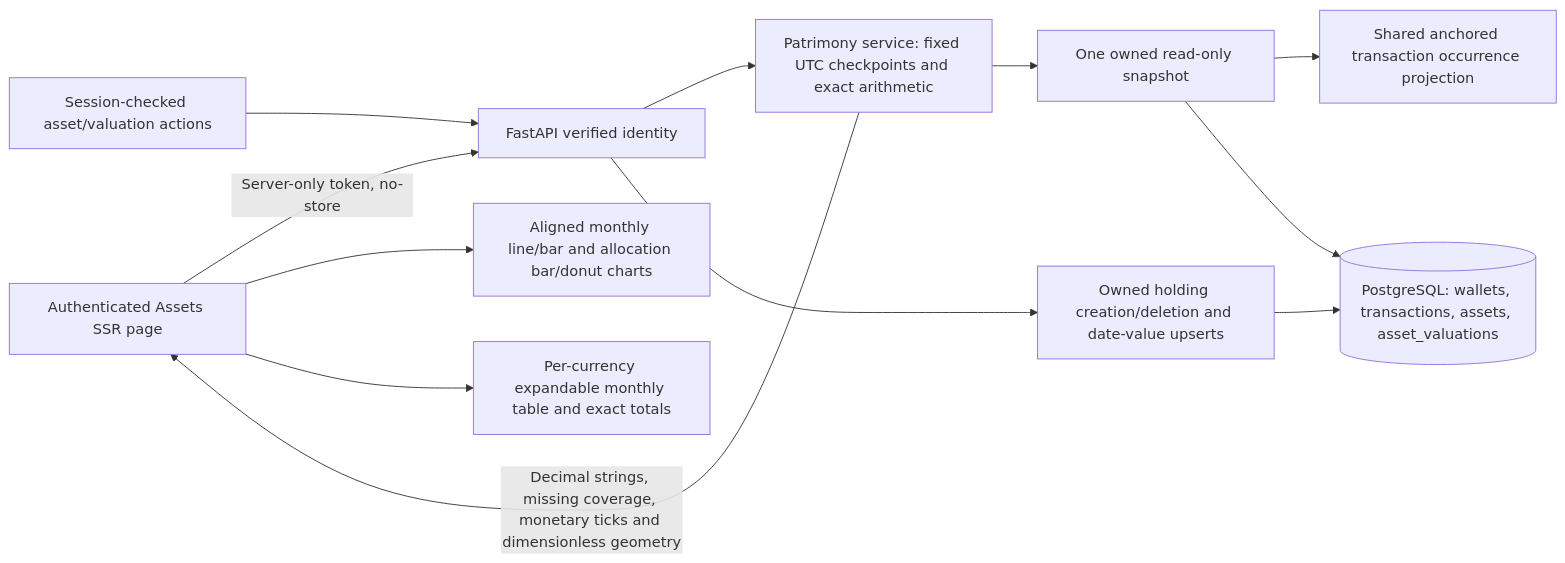
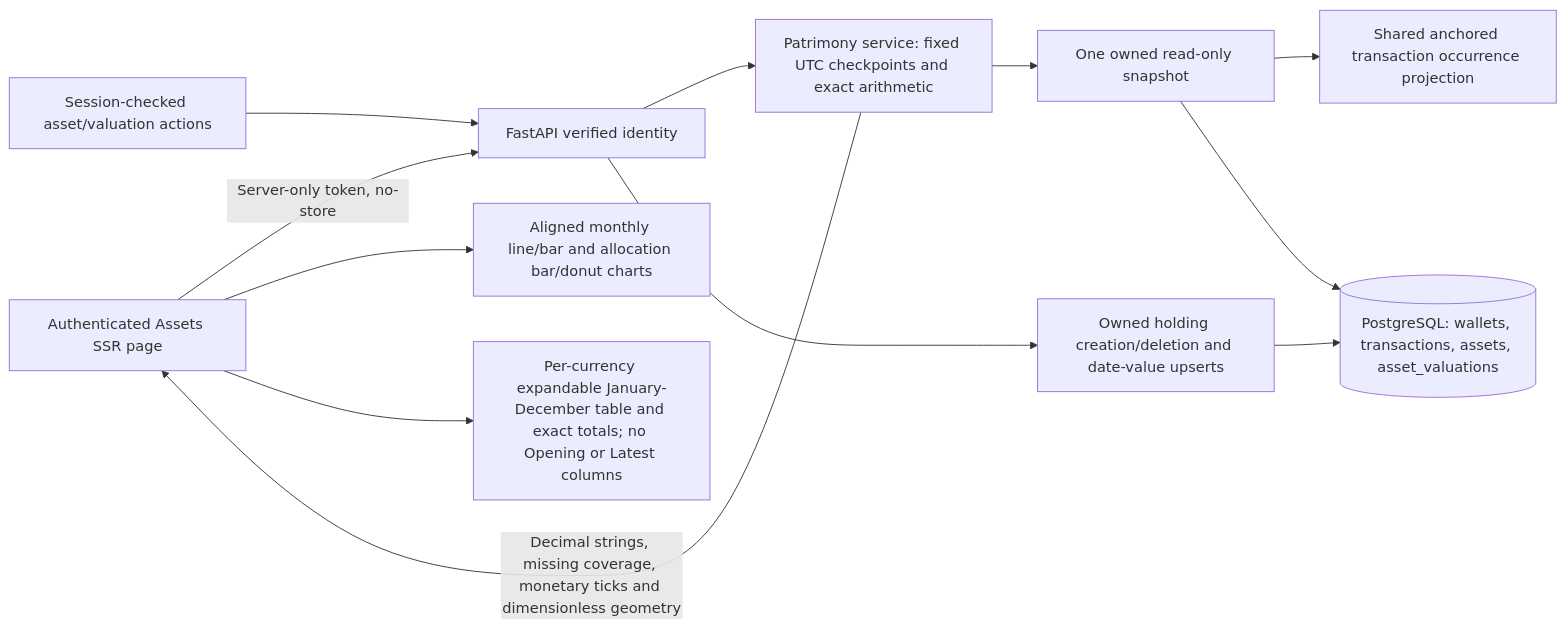
Before and after one commit to lucagiorgino/wealth: the sixth of 31 diagrams in docs/IMPLEMENTATION_STATUS.md, drawn with Mermaid. The commit also changed 3 other files, not shown here.

First line of the commit message:
fix(assets): show only monthly balance columns

````diff
--- a/docs/IMPLEMENTATION_STATUS.md
+++ b/docs/IMPLEMENTATION_STATUS.md
@@ -891,14 +891,14 @@
 ```mermaid
 flowchart LR
     Page["Authenticated Assets SSR page"] -->|"Server-only token, no-store"| API["FastAPI verified identity"]
     Page --> Charts["Aligned monthly line/bar and allocation bar/donut charts"]
-    Page --> Table["Per-currency expandable monthly table and exact totals"]
+    Page --> Table["Per-currency expandable January-December table and exact totals; no Opening or Latest columns"]
     Forms["Session-checked asset/valuation actions"] --> API
     API --> Report["Patrimony service: fixed UTC checkpoints and exact arithmetic"]
     Report --> Query["One owned read-only snapshot"]
     Query --> Projection["Shared anchored transaction occurrence projection"]
     Query --> DB[("PostgreSQL: wallets, transactions, assets, asset_valuations")]
     API --> Writes["Owned holding creation/deletion and date-value upserts"]
     Writes --> DB
     Report -->|"Decimal strings, missing coverage, monetary ticks and dimensionless geometry"| Page
 ```
````
